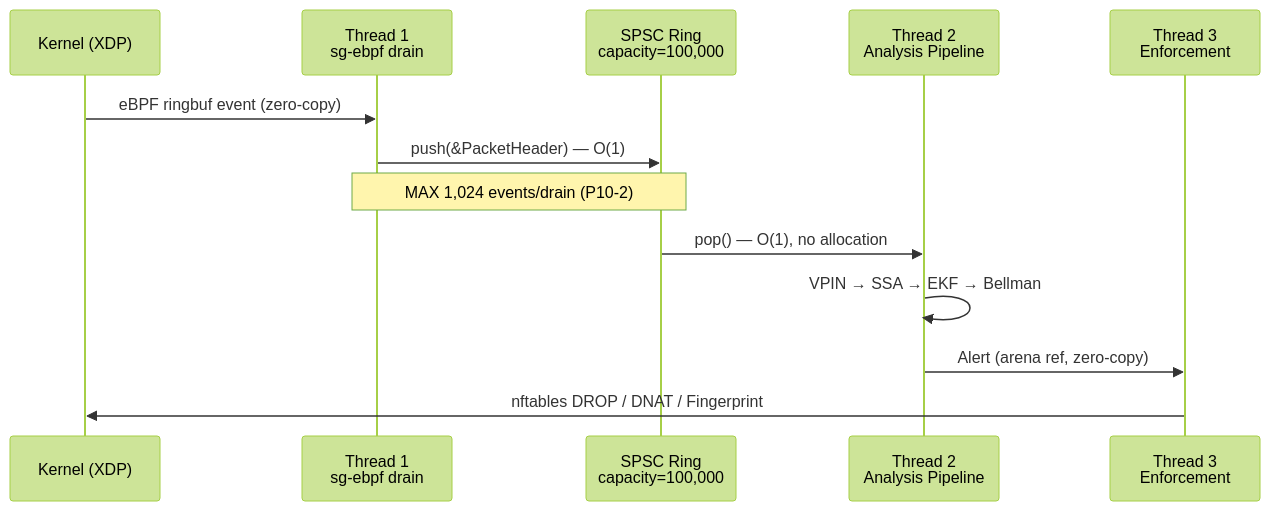
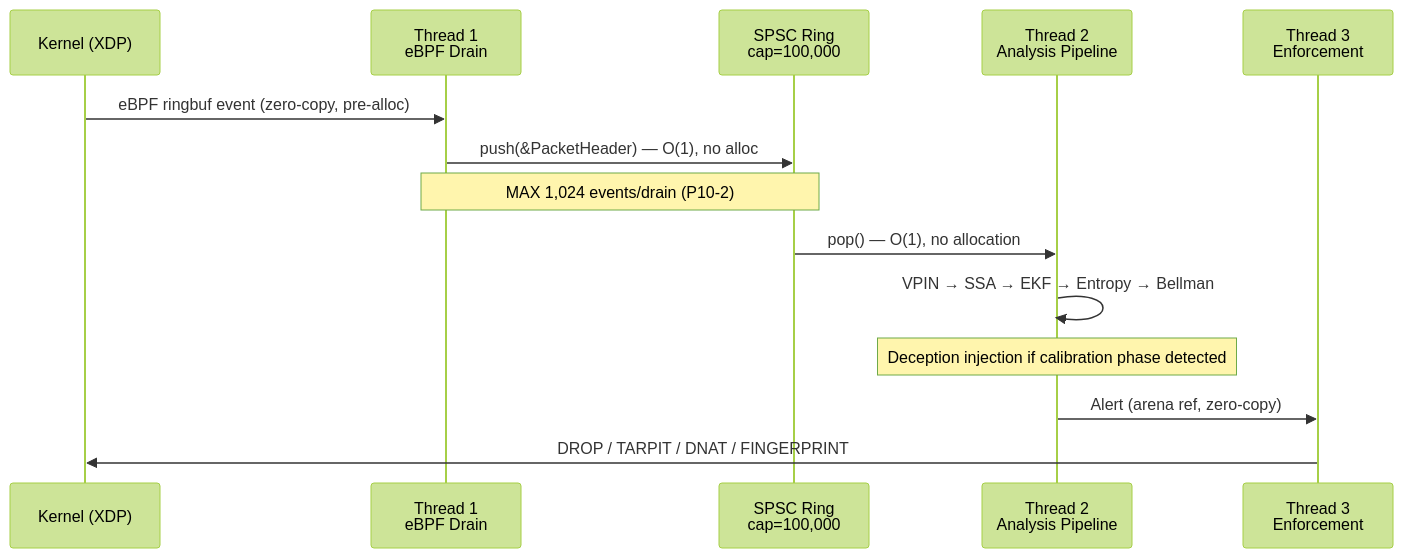
The diagram in README.md (tahakouiyasse/shiva-protocol), drawn with Mermaid (forest theme) before and after one commit. The commit also changed other lines of this file, not shown here.

````diff
--- a/README.md
+++ b/README.md
@@ -150,16 +200,17 @@
 ```mermaid
 sequenceDiagram
     participant K as Kernel (XDP)
-    participant T1 as Thread 1<br/>sg-ebpf drain
-    participant RING as SPSC Ring<br/>capacity=100,000
+    participant T1 as Thread 1<br/>eBPF Drain
+    participant RING as SPSC Ring<br/>cap=100,000
     participant T2 as Thread 2<br/>Analysis Pipeline
     participant T3 as Thread 3<br/>Enforcement
 
-    K->>T1: eBPF ringbuf event (zero-copy)
-    T1->>RING: push(&PacketHeader) — O(1)
+    K->>T1: eBPF ringbuf event (zero-copy, pre-alloc)
+    T1->>RING: push(&PacketHeader) — O(1), no alloc
     Note over T1,RING: MAX 1,024 events/drain (P10-2)
     RING->>T2: pop() — O(1), no allocation
-    T2->>T2: VPIN → SSA → EKF → Bellman
+    T2->>T2: VPIN → SSA → EKF → Entropy → Bellman
+    Note over T2: Deception injection if calibration phase detected
     T2->>T3: Alert (arena ref, zero-copy)
-    T3->>K: nftables DROP / DNAT / Fingerprint
+    T3->>K: DROP / TARPIT / DNAT / FINGERPRINT
 ```
````
